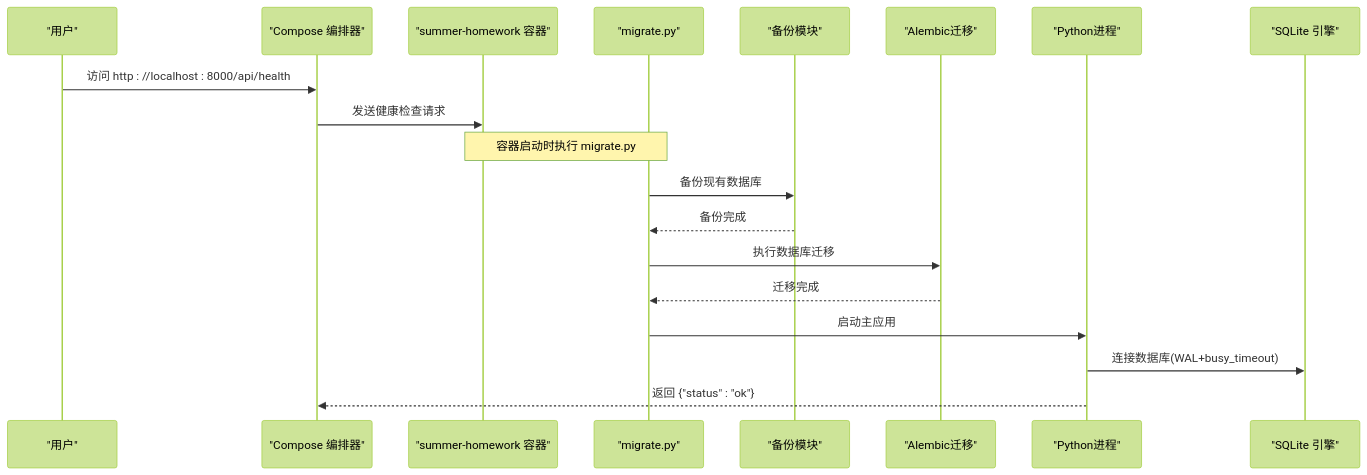
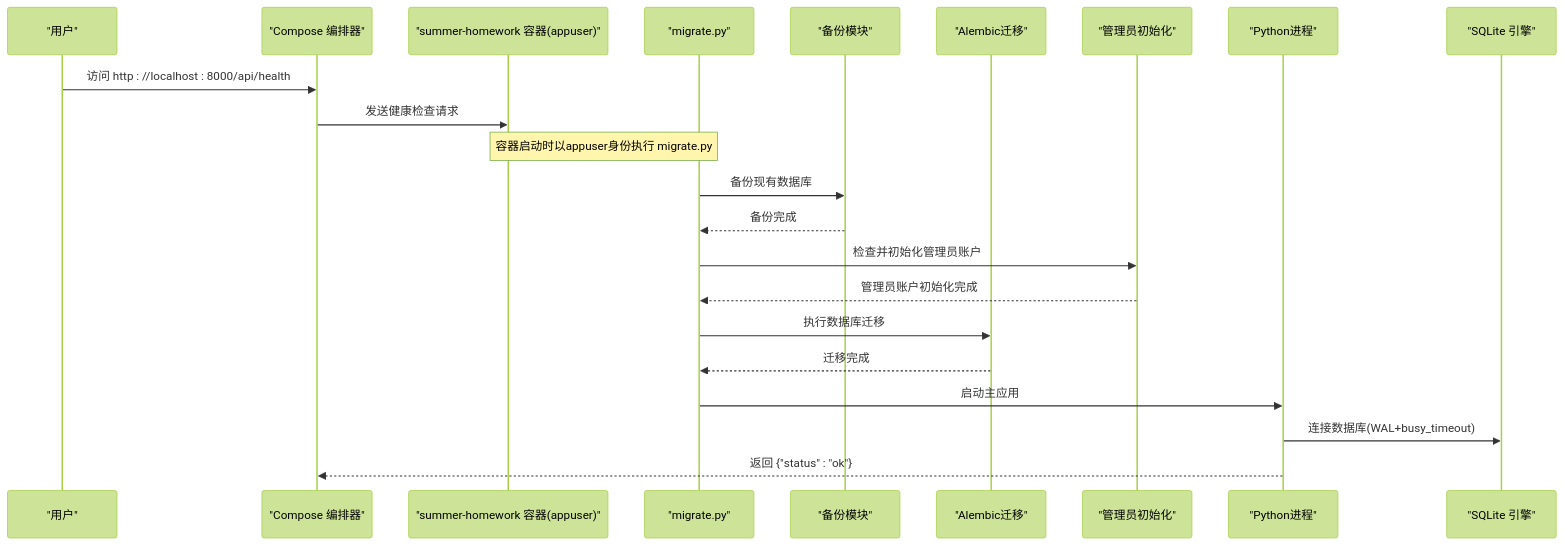
One commit to onebody/homework changed the third of 5 diagrams in .qoder/repowiki/zh/content/部署与运维指南/Docker容器化部署.md. Above: the diagram before and after it, drawn with Mermaid (forest theme). The commit also changed other lines of this file and 28 other files, not shown here.

````diff
--- a/.qoder/repowiki/zh/content/部署与运维指南/Docker容器化部署.md
+++ b/.qoder/repowiki/zh/content/部署与运维指南/Docker容器化部署.md
@@ -202,21 +214,24 @@
 ```mermaid
 sequenceDiagram
 participant U as "用户"
 participant C as "Compose 编排器"
-participant S as "summer-homework 容器"
+participant S as "summer-homework 容器(appuser)"
 participant M as "migrate.py"
 participant B as "备份模块"
 participant A as "Alembic迁移"
+participant AI as "管理员初始化"
 participant P as "Python进程"
 participant D as "SQLite 引擎"
 U->>C : 访问 http : //localhost : 8000/api/health
 C->>S : 发送健康检查请求
-Note over S,M : 容器启动时执行 migrate.py
+Note over S,M : 容器启动时以appuser身份执行 migrate.py
 M->>B : 备份现有数据库
 B-->>M : 备份完成
+M->>AI : 检查并初始化管理员账户
+AI-->>M : 管理员账户初始化完成
 M->>A : 执行数据库迁移
 A-->>M : 迁移完成
 M->>P : 启动主应用
 P->>D : 连接数据库(WAL+busy_timeout)
 P-->>C : 返回 {"status" : "ok"}
 ```
````
